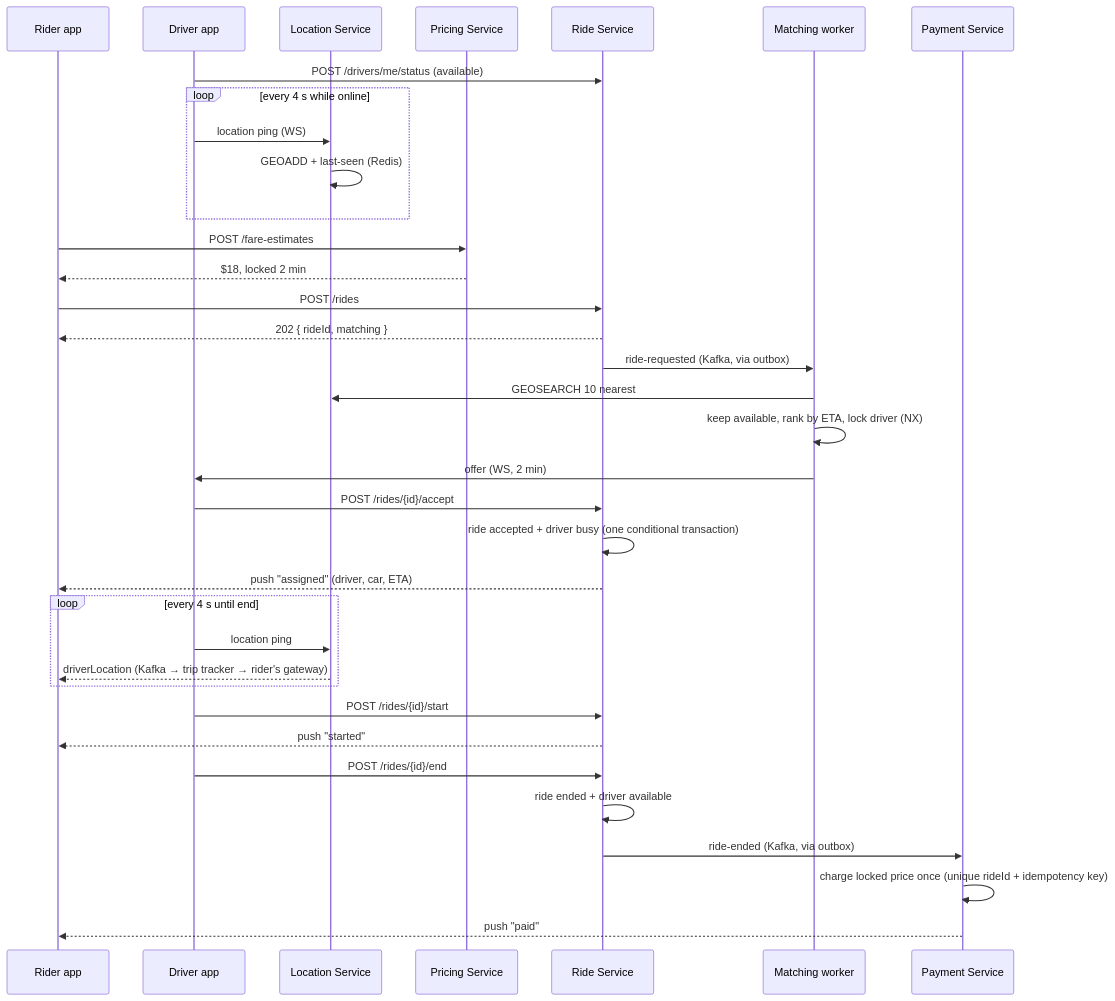
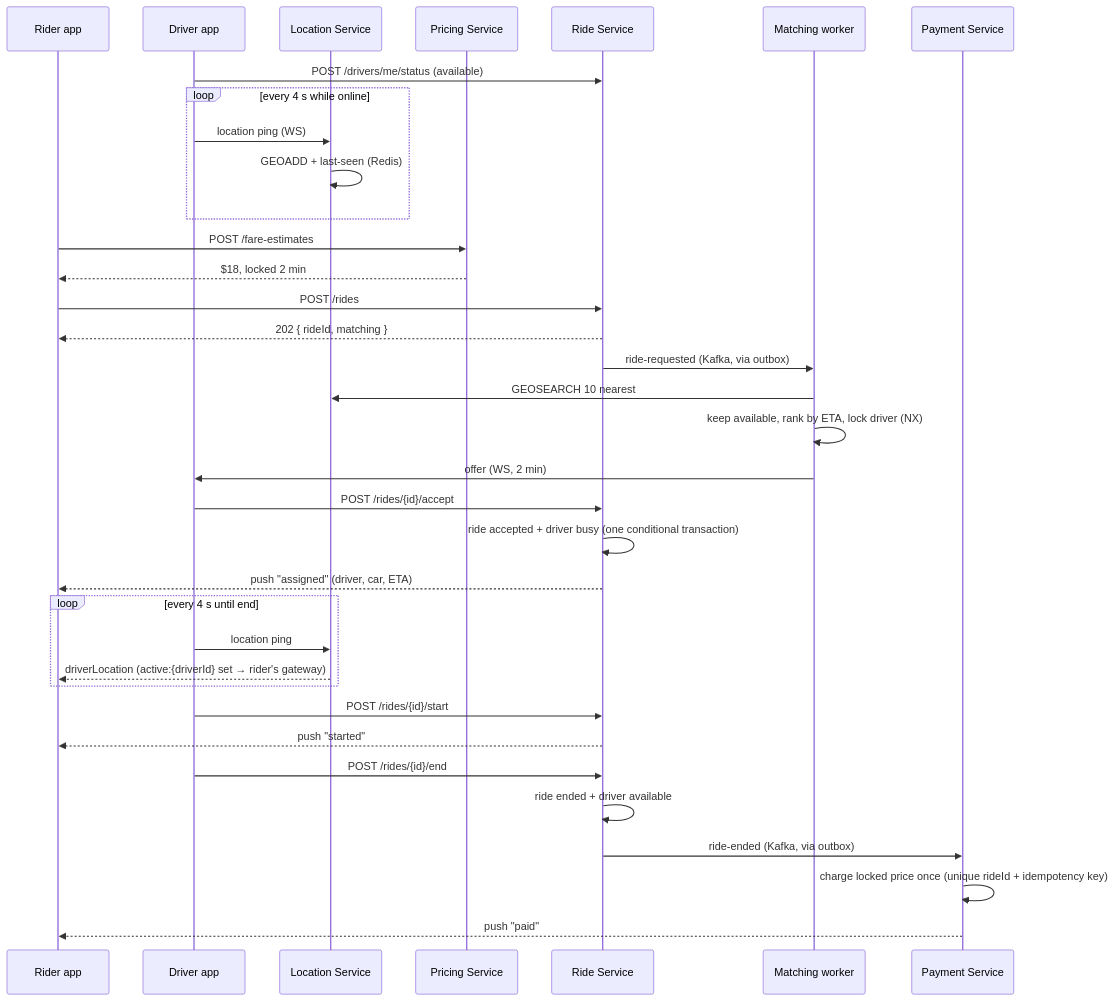
One commit to sravan4262/systemDesignInCode changed the diagram in modules/phase-3-hld/m19-hld-patterns-cases-1/designs/case-05-uber/case-05-uber.md. Above: the diagram before and after it, drawn with Mermaid. The commit also changed other lines of this file and 2 other files, not shown here.

Commit message:
Case 5 Uber: no Kafka per ping; Ride Service sets active:{driverId} on accept, Location Service pushes directly

````diff
--- a/modules/phase-3-hld/m19-hld-patterns-cases-1/designs/case-05-uber/case-05-uber.md
+++ b/modules/phase-3-hld/m19-hld-patterns-cases-1/designs/case-05-uber/case-05-uber.md
@@ -127,37 +127,37 @@
 ```mermaid
 sequenceDiagram
   participant R as Rider app
   participant D as Driver app
   participant L as Location Service
   participant PR as Pricing Service
   participant RS as Ride Service
   participant M as Matching worker
   participant P as Payment Service
   D->>RS: POST /drivers/me/status (available)
   loop every 4 s while online
     D->>L: location ping (WS)
     L->>L: GEOADD + last-seen (Redis)
   end
   R->>PR: POST /fare-estimates
   PR-->>R: $18, locked 2 min
   R->>RS: POST /rides
   RS-->>R: 202 { rideId, matching }
   RS->>M: ride-requested (Kafka, via outbox)
   M->>L: GEOSEARCH 10 nearest
   M->>M: keep available, rank by ETA, lock driver (NX)
   M->>D: offer (WS, 2 min)
   D->>RS: POST /rides/{id}/accept
   RS->>RS: ride accepted + driver busy (one conditional transaction)
   RS-->>R: push "assigned" (driver, car, ETA)
   loop every 4 s until end
     D->>L: location ping
-    L-->>R: driverLocation (Kafka → trip tracker → rider's gateway)
+    L-->>R: driverLocation (active:{driverId} set → rider's gateway)
   end
   D->>RS: POST /rides/{id}/start
   RS-->>R: push "started"
   D->>RS: POST /rides/{id}/end
   RS->>RS: ride ended + driver available
   RS->>P: ride-ended (Kafka, via outbox)
   P->>P: charge locked price once (unique rideId + idempotency key)
   P-->>R: push "paid"
 ```
````
